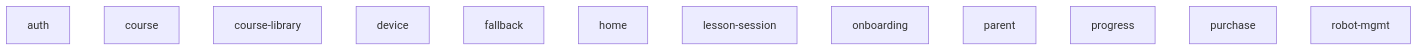
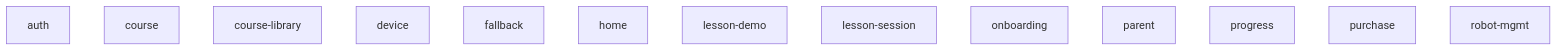
The diagram in migrate-ui-ux-to-mobile-app-docs/flows/global.generated.mmd (JSR-Algo/TJBOT-Mobile), drawn with Mermaid before and after one commit. The commit also changed 262 other files, not shown here.

```diff
--- a/migrate-ui-ux-to-mobile-app-docs/flows/global.generated.mmd
+++ b/migrate-ui-ux-to-mobile-app-docs/flows/global.generated.mmd
@@ -1,15 +1,16 @@
-%% GENERATED FROM nav-graph-data.json sha=f0475d686227. Do not edit by hand.
+%% GENERATED FROM nav-graph-data.json sha=38651fd18e8a. Do not edit by hand.
 %% Domain-level overview only — intra-domain detail lives under domains/<d>/flow.generated.mmd
 flowchart TD
   auth["auth"]
   course["course"]
   course_library["course-library"]
   device["device"]
   fallback["fallback"]
   home["home"]
+  lesson_demo["lesson-demo"]
   lesson_session["lesson-session"]
   onboarding["onboarding"]
   parent["parent"]
   progress["progress"]
   purchase["purchase"]
   robot_mgmt["robot-mgmt"]
```
